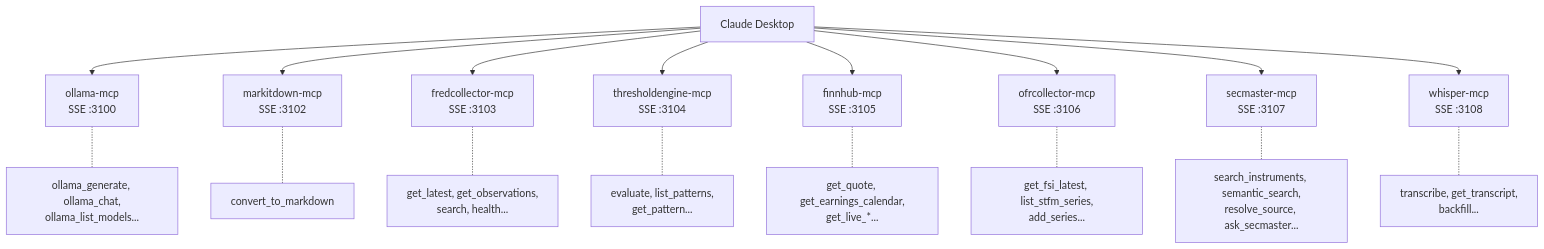
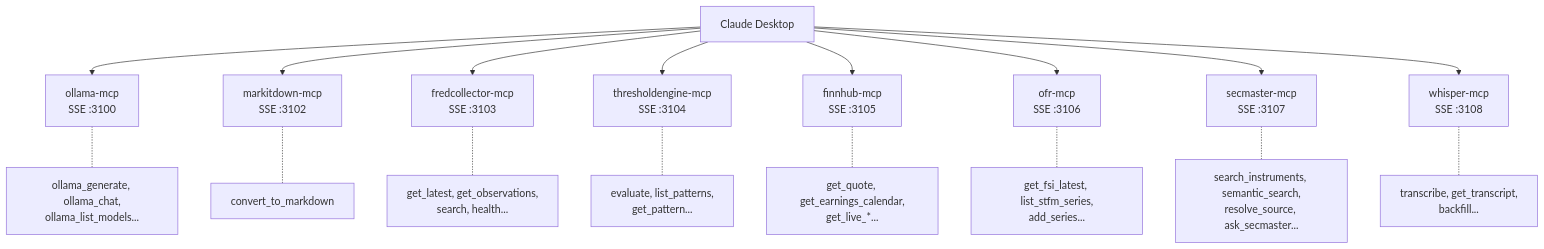
One commit to jpansarasa/ATLAS-Docs changed the fourth of 4 diagrams in docs/ARCHITECTURE.md. Above: the diagram before and after it, drawn with Mermaid. The commit also changed other lines of this file and 7 other files, not shown here.

````diff
--- a/docs/ARCHITECTURE.md
+++ b/docs/ARCHITECTURE.md
@@ -242,20 +242,20 @@
 ```mermaid
 flowchart TB
     CD[Claude Desktop] --> OM["ollama-mcp<br/>SSE :3100"]
     CD --> MM["markitdown-mcp<br/>SSE :3102"]
     CD --> FM["fredcollector-mcp<br/>SSE :3103"]
     CD --> TM["thresholdengine-mcp<br/>SSE :3104"]
     CD --> FHM["finnhub-mcp<br/>SSE :3105"]
-    CD --> OFM["ofrcollector-mcp<br/>SSE :3106"]
+    CD --> OFM["ofr-mcp<br/>SSE :3106"]
     CD --> SMM["secmaster-mcp<br/>SSE :3107"]
     CD --> WSM["whisper-mcp<br/>SSE :3108"]
 
     OM -.- OT["ollama_generate, ollama_chat,<br/>ollama_list_models..."]
     MM -.- MT["convert_to_markdown"]
     FM -.- FT["get_latest, get_observations,<br/>search, health..."]
     TM -.- TT["evaluate, list_patterns,<br/>get_pattern..."]
     FHM -.- FHT["get_quote, get_earnings_calendar,<br/>get_live_*..."]
     OFM -.- OFT["get_fsi_latest, list_stfm_series,<br/>add_series..."]
     SMM -.- ST["search_instruments, semantic_search,<br/>resolve_source, ask_secmaster..."]
     WSM -.- WT["transcribe, get_transcript,<br/>backfill..."]
 ```
````
